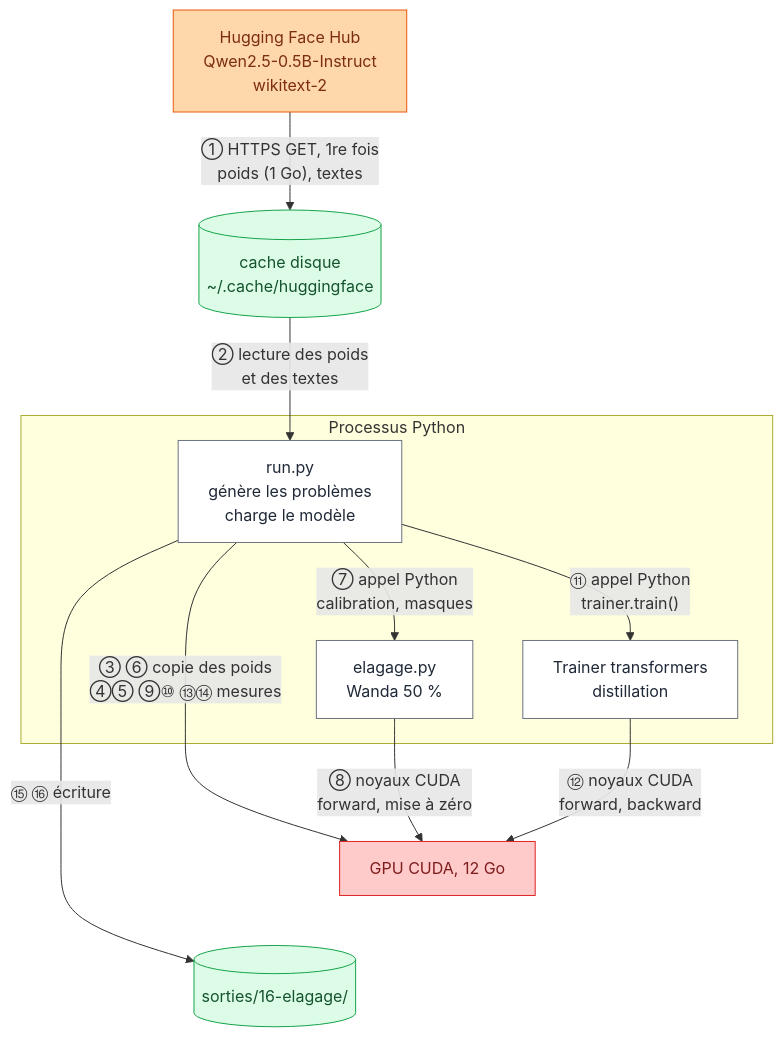
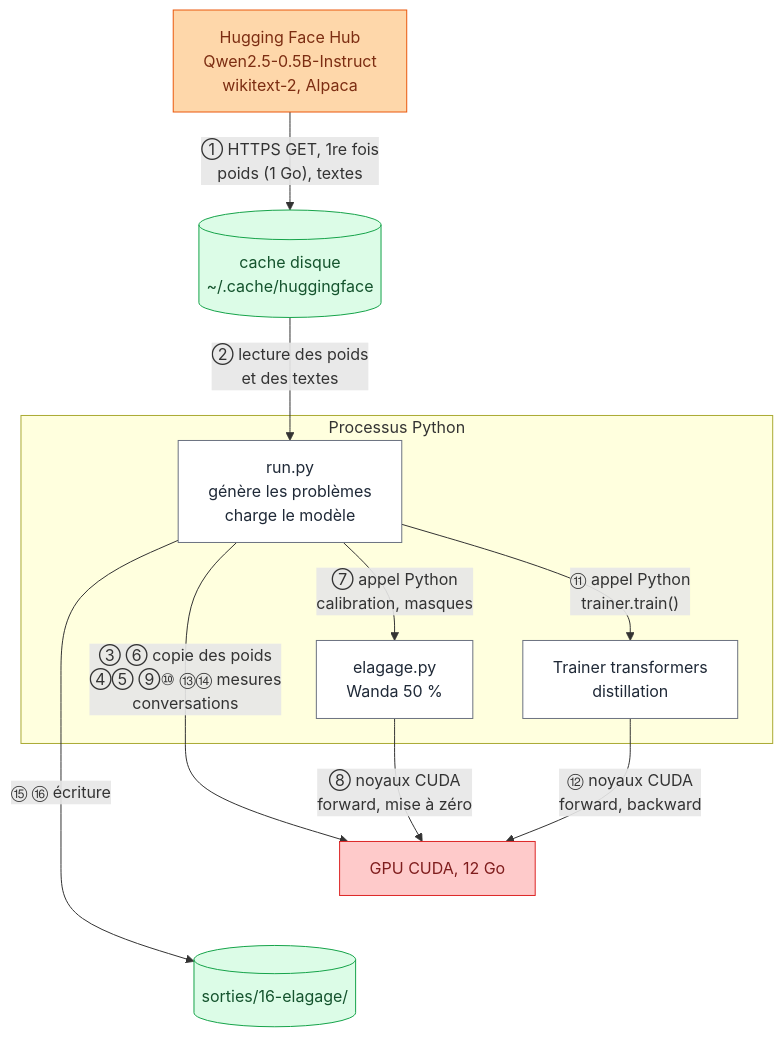
The diagram in 16-elagage/README.md (xavinsky/amelioria), drawn with Mermaid before and after one commit. The commit also changed other lines of this file and 22 other files, not shown here.

````diff
--- a/16-elagage/README.md
+++ b/16-elagage/README.md
@@ -51,32 +53,32 @@
 ```mermaid
 flowchart TD
   classDef externe fill:#fed7aa,stroke:#ea580c,color:#7c2d12
   classDef code fill:#ffffff,stroke:#6b7280,color:#1f2937
   classDef gpu fill:#fecaca,stroke:#dc2626,color:#7f1d1d
   classDef disque fill:#dcfce7,stroke:#16a34a,color:#14532d
 
-  Hub["Hugging Face Hub<br/>Qwen2.5-0.5B-Instruct<br/>wikitext-2"]
+  Hub["Hugging Face Hub<br/>Qwen2.5-0.5B-Instruct<br/>wikitext-2, Alpaca"]
   Cache[("cache disque<br/>~/.cache/huggingface")]
   subgraph Py["Processus Python"]
     Run["run.py<br/>génère les problèmes<br/>charge le modèle"]
     El["elagage.py<br/>Wanda 50 %"]
     Tr["Trainer transformers<br/>distillation"]
   end
   GPU["GPU CUDA, 12 Go"]
   Out[("sorties/16-elagage/")]
 
   Hub -- "① HTTPS GET, 1re fois<br/>poids (1 Go), textes" --> Cache
   Cache -- "② lecture des poids<br/>et des textes" --> Run
-  Run -- "③ ⑥ copie des poids<br/>④⑤ ⑨⑩ ⑬⑭ mesures" --> GPU
+  Run -- "③ ⑥ copie des poids<br/>④⑤ ⑨⑩ ⑬⑭ mesures<br/>conversations" --> GPU
   Run -- "⑦ appel Python<br/>calibration, masques" --> El
   El -- "⑧ noyaux CUDA<br/>forward, mise à zéro" --> GPU
   Run -- "⑪ appel Python<br/>trainer.train()" --> Tr
   Tr -- "⑫ noyaux CUDA<br/>forward, backward" --> GPU
   Run -- "⑮ ⑯ écriture" --> Out
 
   GPU ~~~ Out
   class Hub externe
   class Run,El,Tr code
   class GPU gpu
   class Cache,Out disque
 ```
````
